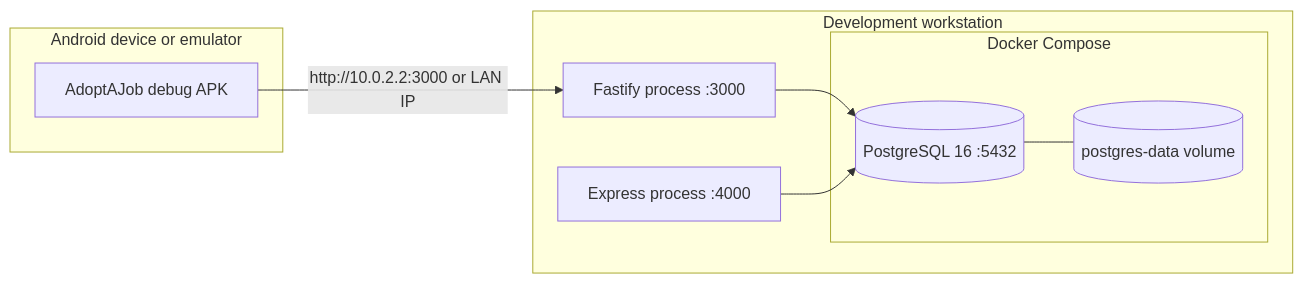
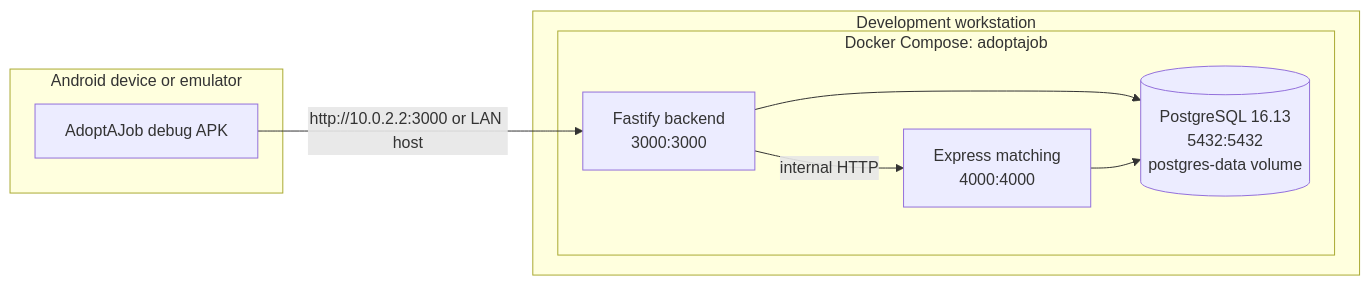
Before and after one commit to bhsei/26A: the ninth of 14 diagrams in docs/design/SAD.md, drawn with Mermaid. The commit also changed other lines of this file, not shown here.

First line of the commit message:
W10 - SAD design v1.0; add AdoptAJob Software Architecture Document

````diff
--- a/docs/design/SAD.md
+++ b/docs/design/SAD.md
@@ -701,20 +737,21 @@
 ```mermaid
 flowchart LR
-    subgraph Android device or emulator
+    subgraph Device[Android device or emulator]
         APK[AdoptAJob debug APK]
     end
-
-    subgraph Development workstation
-        FB[Fastify process :3000]
-        EX[Express process :4000]
-        subgraph Docker Compose
-            PG[(PostgreSQL 16 :5432)]
-            VOL[(postgres-data volume)]
+    subgraph Workstation[Development workstation]
+        subgraph Compose[Docker Compose: adoptajob]
+            PG[(PostgreSQL 16.13
+5432:5432
+postgres-data volume)]
+            BE[Fastify backend
+3000:3000]
+            MA[Express matching
+4000:4000]
+            BE --> PG
+            MA --> PG
+            BE -- internal HTTP --> MA
         end
     end
-
-    APK -- http://10.0.2.2:3000 or LAN IP --> FB
-    FB --> PG
-    EX --> PG
-    PG --- VOL
+    APK -- http://10.0.2.2:3000 or LAN host --> BE
 ```
````
